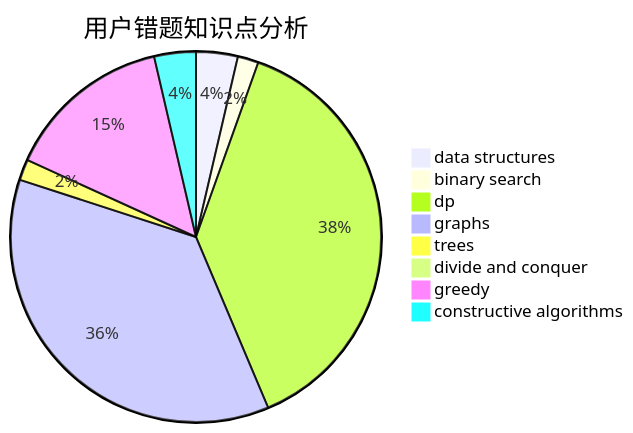
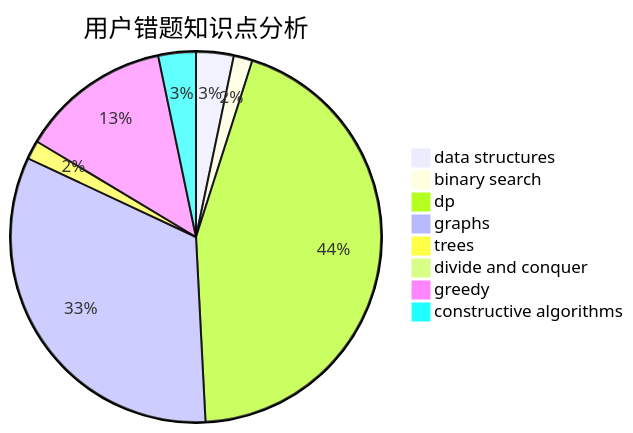
One commit to sherpahu/cfrs.github.io changed the third of 3 diagrams in docs/user/u1464.md. Above: the diagram before and after it, drawn with Mermaid. The commit also changed other lines of this file and 2770 other files, not shown here.

````diff
--- a/docs/user/u1464.md
+++ b/docs/user/u1464.md
@@ -36,11 +36,11 @@
 ```mermaid
 pie title 用户错题知识点分析
     "data structures" :  2
     "binary search" :  1
-    "dp" :  21
+    "dp" :  27
     "graphs" :  20
     "trees" :  1
     "divide and conquer" :  0
     "greedy" :  8
     "constructive algorithms" :  2
 ```
````
